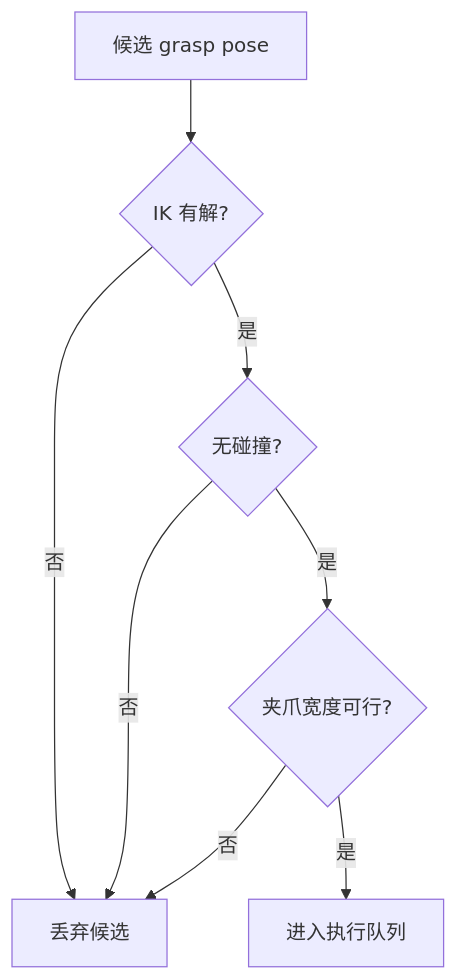
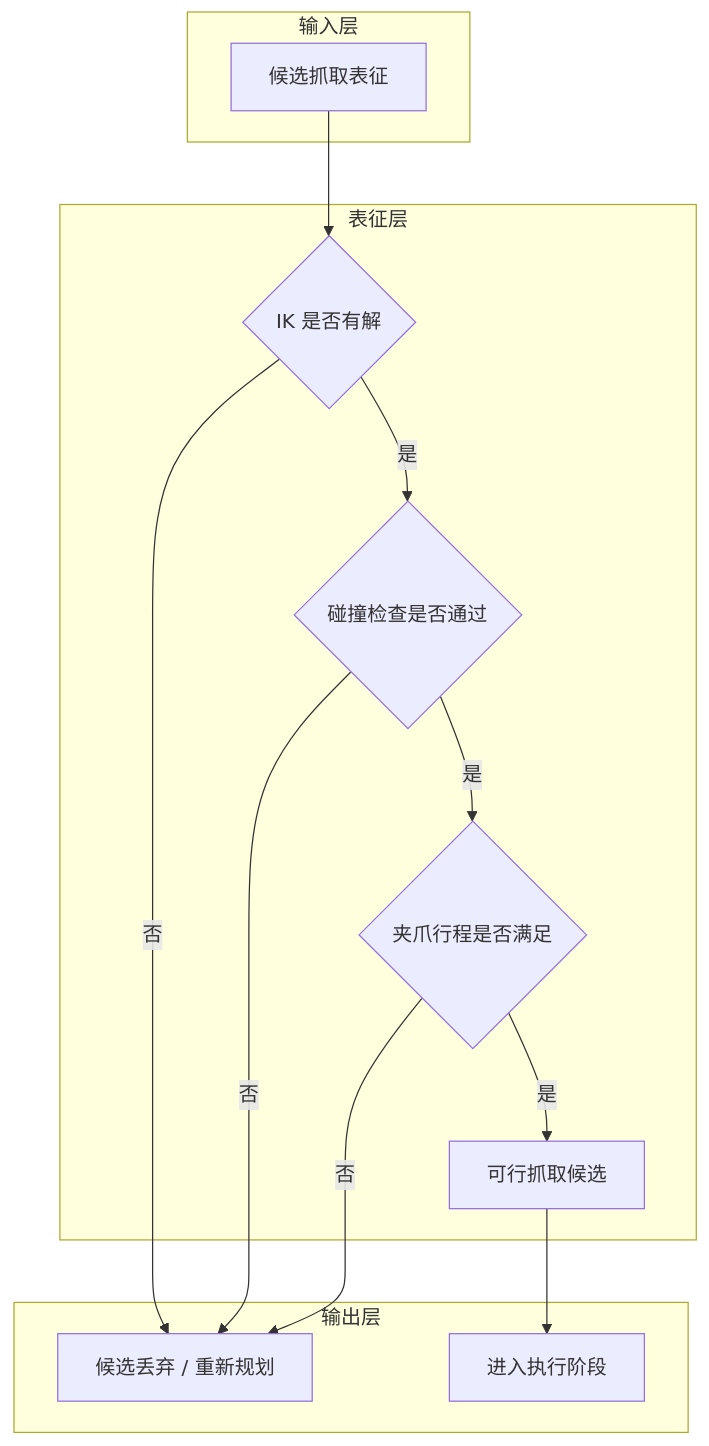
Before and after one commit to Xbotics-Embodied-AI-club/Xbotics-Embodied-AI-Handbook: diagram 12 of 12 in docs/part2-vision-manipulation/06-pose_0719.md, drawn with Mermaid. The commit also changed other lines of this file and 9 other files, not shown here.

````diff
--- a/docs/part2-vision-manipulation/06-pose_0719.md
+++ b/docs/part2-vision-manipulation/06-pose_0719.md
@@ -859,10 +860,23 @@
 ```mermaid
 flowchart TD
-    A[候选 grasp pose] --> B{IK 有解?}
-    B -- 否 --> X[丢弃候选]
-    B -- 是 --> C{无碰撞?}
-    C -- 否 --> X
-    C -- 是 --> D{夹爪宽度可行?}
-    D -- 否 --> X
-    D -- 是 --> E[进入执行队列]
+    subgraph I12[输入层]
+        A12[候选抓取表征]
+    end
+    subgraph R12[表征层]
+        B12{IK 是否有解}
+        C12{碰撞检查是否通过}
+        D12{夹爪行程是否满足}
+        E12[可行抓取候选]
+    end
+    subgraph O12[输出层]
+        F12[进入执行阶段]
+        G12[候选丢弃 / 重新规划]
+    end
+    A12 --> B12
+    B12 -- 否 --> G12
+    B12 -- 是 --> C12
+    C12 -- 否 --> G12
+    C12 -- 是 --> D12
+    D12 -- 否 --> G12
+    D12 -- 是 --> E12 --> F12
 ```
````
